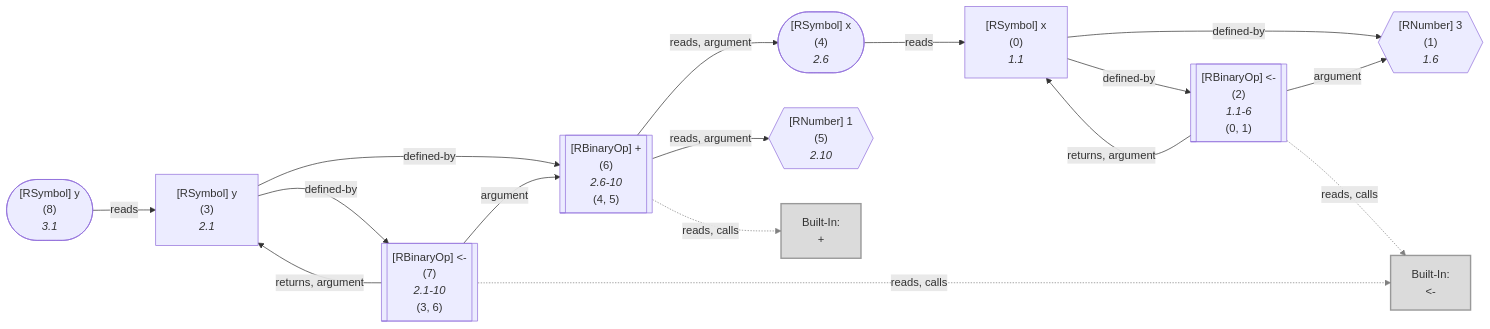
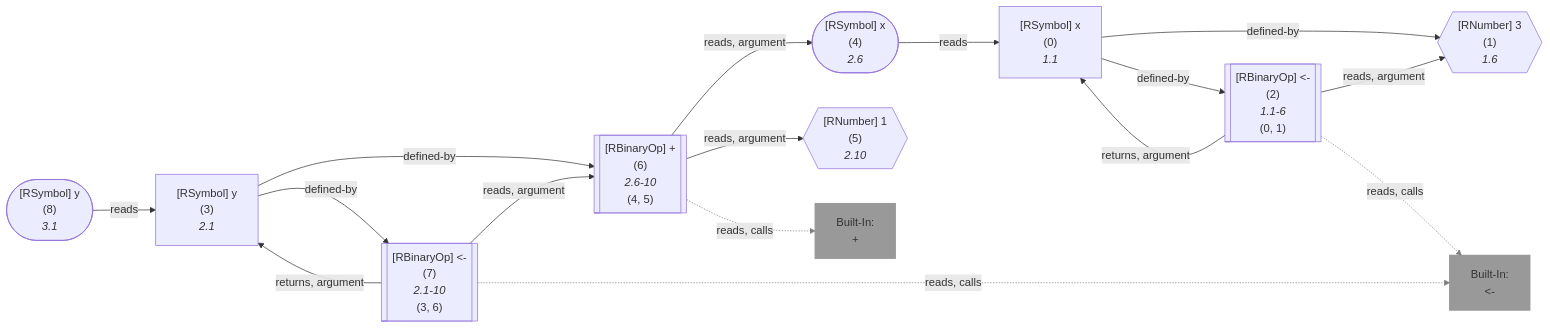
The first of 51 diagrams in wiki/Dataflow Graph.md (flowr-analysis/flowr), drawn with Mermaid before and after one commit. The commit also changed other lines of this file and 18 other files, not shown here.

````diff
--- a/wiki/Dataflow Graph.md
+++ b/wiki/Dataflow Graph.md
@@ -37,57 +39,57 @@
 ```mermaid
 flowchart LR
     1{{"`#91;RNumber#93; 3
       (1)
       *1.6*`"}}
     0["`#91;RSymbol#93; x
       (0)
       *1.1*`"]
     2[["`#91;RBinaryOp#93; #60;#45;
       (2)
       *1.1-6*
     (0, 1)`"]]
     built-in:_-["`Built-In:
 #60;#45;`"]
-    style built-in:_- stroke:gray,fill:lightgray,stroke-width:2px,opacity:.8;
+    style built-in:_- stroke:gray,fill:gray,stroke-width:2px,opacity:.8;
     4(["`#91;RSymbol#93; x
       (4)
       *2.6*`"])
     5{{"`#91;RNumber#93; 1
       (5)
       *2.10*`"}}
     6[["`#91;RBinaryOp#93; #43;
       (6)
       *2.6-10*
     (4, 5)`"]]
     built-in:_["`Built-In:
 #43;`"]
-    style built-in:_ stroke:gray,fill:lightgray,stroke-width:2px,opacity:.8;
+    style built-in:_ stroke:gray,fill:gray,stroke-width:2px,opacity:.8;
     3["`#91;RSymbol#93; y
       (3)
       *2.1*`"]
     7[["`#91;RBinaryOp#93; #60;#45;
       (7)
       *2.1-10*
     (3, 6)`"]]
     8(["`#91;RSymbol#93; y
       (8)
       *3.1*`"])
     0 -->|"defined-by"| 1
     0 -->|"defined-by"| 2
-    2 -->|"argument"| 1
+    2 -->|"reads, argument"| 1
     2 -->|"returns, argument"| 0
     2 -.->|"reads, calls"| built-in:_-
     linkStyle 4 stroke:gray;
     4 -->|"reads"| 0
     6 -->|"reads, argument"| 4
     6 -->|"reads, argument"| 5
     6 -.->|"reads, calls"| built-in:_
     linkStyle 8 stroke:gray;
     3 -->|"defined-by"| 6
     3 -->|"defined-by"| 7
-    7 -->|"argument"| 6
+    7 -->|"reads, argument"| 6
     7 -->|"returns, argument"| 3
     7 -.->|"reads, calls"| built-in:_-
     linkStyle 13 stroke:gray;
     8 -->|"reads"| 3
 ```
````
